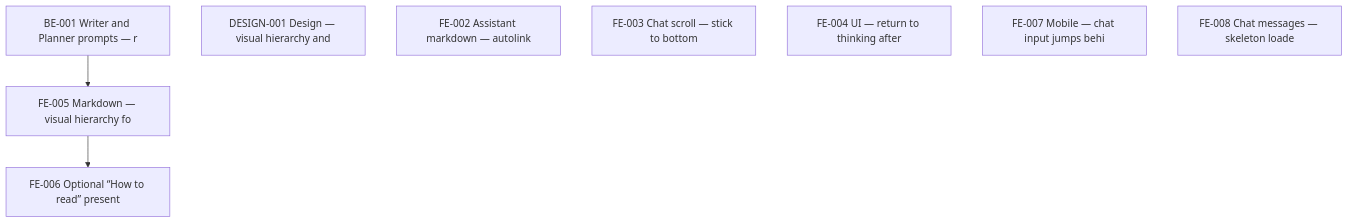
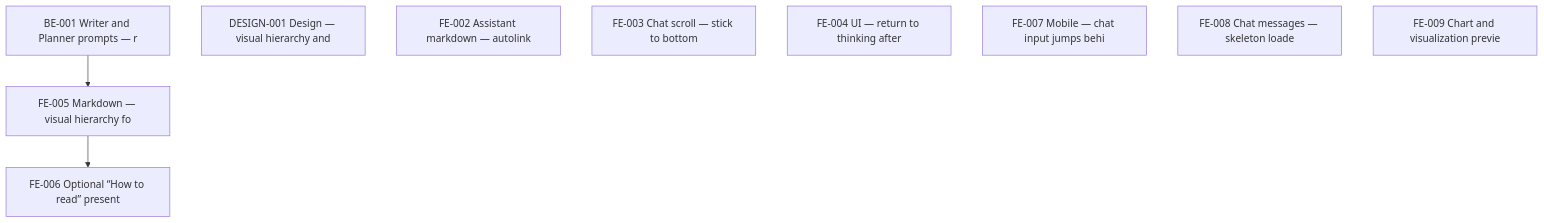
One commit to admariner/data-ai-chatbot changed the diagram in TODO/README.md. Above: the diagram before and after it, drawn with Mermaid. The commit also changed other lines of this file and 1 other file, not shown here.

First line of the commit message:
tasks: add FE-009 chart/viz basePath task from feedback

````diff
--- a/TODO/README.md
+++ b/TODO/README.md
@@ -32,14 +33,15 @@
 ```mermaid
 flowchart TB
   BE001["BE-001 Writer and Planner prompts — r"]
   DESIGN001["DESIGN-001 Design — visual hierarchy and "]
   FE002["FE-002 Assistant markdown — autolink "]
   FE003["FE-003 Chat scroll — stick to bottom "]
   FE004["FE-004 UI — return to thinking after "]
   FE005["FE-005 Markdown — visual hierarchy fo"]
   FE006["FE-006 Optional “How to read” present"]
   FE007["FE-007 Mobile — chat input jumps behi"]
   FE008["FE-008 Chat messages — skeleton loade"]
+  FE009["FE-009 Chart and visualization previe"]
   BE001 --> FE005
   FE005 --> FE006
 ```
````
